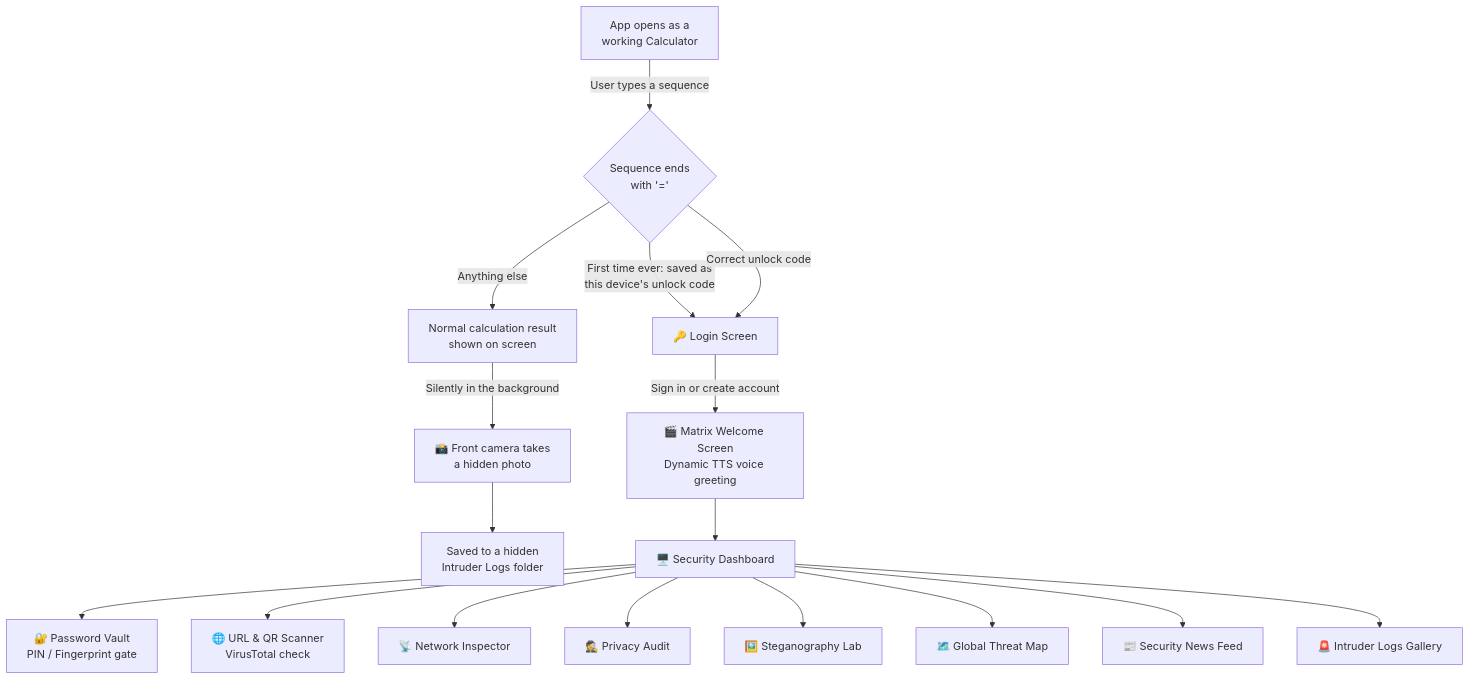
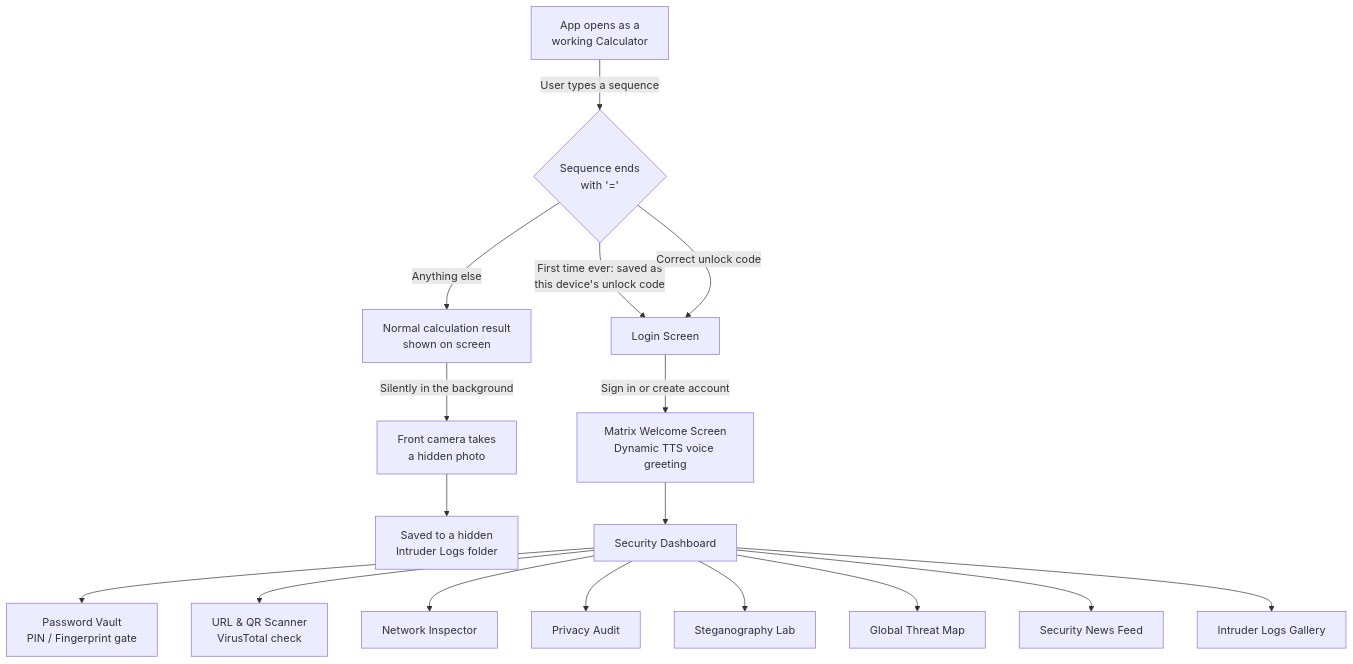
Before and after one commit to LahcenChehabi/CipherMatrix: the first of 2 diagrams in README.md, drawn with Mermaid. The commit also changed other lines of this file, not shown here.

````diff
--- a/README.md
+++ b/README.md
@@ -75,19 +75,19 @@
 ```mermaid
 flowchart TD
     A[App opens as a<br/>working Calculator] -->|User types a sequence| B{Sequence ends<br/>with '='}
-    B -->|First time ever: saved as<br/>this device's unlock code| C[🔑 Login Screen]
+    B -->|First time ever: saved as<br/>this device's unlock code| C[Login Screen]
     B -->|Correct unlock code| C
     B -->|Anything else| D[Normal calculation result<br/>shown on screen]
-    D -->|Silently in the background| E[📸 Front camera takes<br/>a hidden photo]
+    D -->|Silently in the background| E[Front camera takes<br/>a hidden photo]
     E --> F[Saved to a hidden<br/>Intruder Logs folder]
-    C -->|Sign in or create account| G[🎬 Matrix Welcome Screen<br/>Dynamic TTS voice greeting]
-    G --> H[🖥️ Security Dashboard]
-    H --> I[🔐 Password Vault<br/>PIN / Fingerprint gate]
-    H --> J[🌐 URL & QR Scanner<br/>VirusTotal check]
-    H --> K[📡 Network Inspector]
-    H --> L[🕵️ Privacy Audit]
-    H --> M[🖼️ Steganography Lab]
-    H --> N[🗺️ Global Threat Map]
-    H --> O[📰 Security News Feed]
-    H --> P[🚨 Intruder Logs Gallery]
+    C -->|Sign in or create account| G[Matrix Welcome Screen<br/>Dynamic TTS voice greeting]
+    G --> H[Security Dashboard]
+    H --> I[Password Vault<br/>PIN / Fingerprint gate]
+    H --> J[URL & QR Scanner<br/>VirusTotal check]
+    H --> K[Network Inspector]
+    H --> L[Privacy Audit]
+    H --> M[Steganography Lab]
+    H --> N[Global Threat Map]
+    H --> O[Security News Feed]
+    H --> P[Intruder Logs Gallery]
 ```
````
